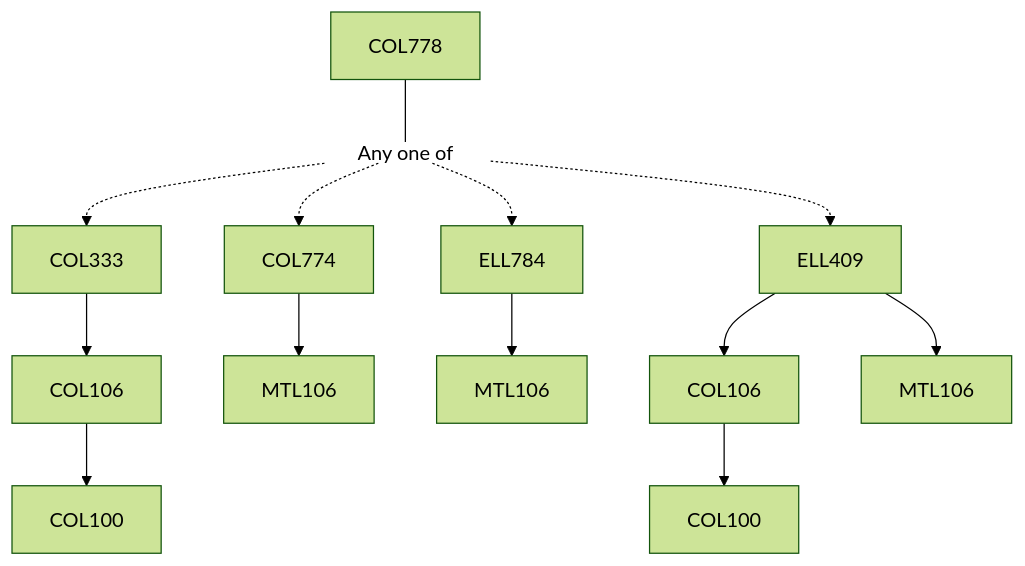
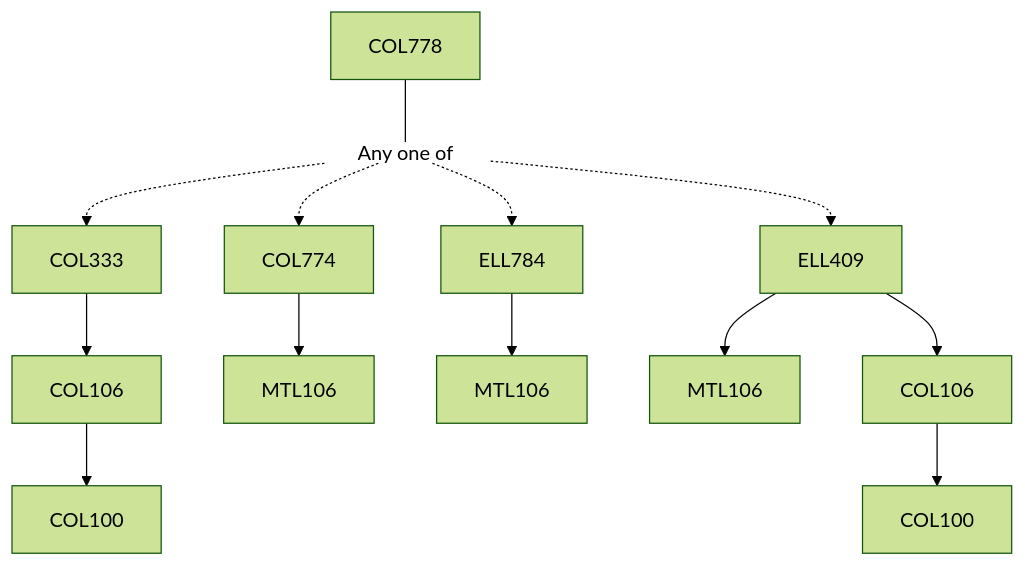
The diagram in content/Computer Science and Engineering/COL778.md (KeshavBansal0122/CoS_Website), drawn with Mermaid (forest theme) before and after one commit. The commit also changed other lines of this file and 2662 other files, not shown here.

````diff
--- a/content/Computer Science and Engineering/COL778.md
+++ b/content/Computer Science and Engineering/COL778.md
@@ -13,19 +13,19 @@
 ```mermaid
 flowchart TD
 COL778-1326[COL778]
 COL778-1326 --- Or1327[Any one of]:::empty
+COL333-1328 --> COL106-1328[COL106]
 Or1327 -.-> COL333-1328[COL333]
-COL333-1328 --> COL106-1328[COL106]
 COL106-1328 --> COL100-1328[COL100]
+Or1327 -.-> COL774-1329[COL774]
 COL774-1329 --> MTL106-1329[MTL106]
-Or1327 -.-> COL774-1329[COL774]
 Or1327 -.-> ELL784-1330[ELL784]
 ELL784-1330 --> MTL106-1330[MTL106]
-ELL409-1331 --> COL106-1331[COL106]
 Or1327 -.-> ELL409-1331[ELL409]
 ELL409-1331 --> MTL106-1331[MTL106]
 COL106-1331 --> COL100-1331[COL100]
+ELL409-1331 --> COL106-1331[COL106]
 
 classDef empty height:17px, fill:transparent, stroke:transparent;
 classDef trueEmpty height:0px, width:0px;
 ```
````
